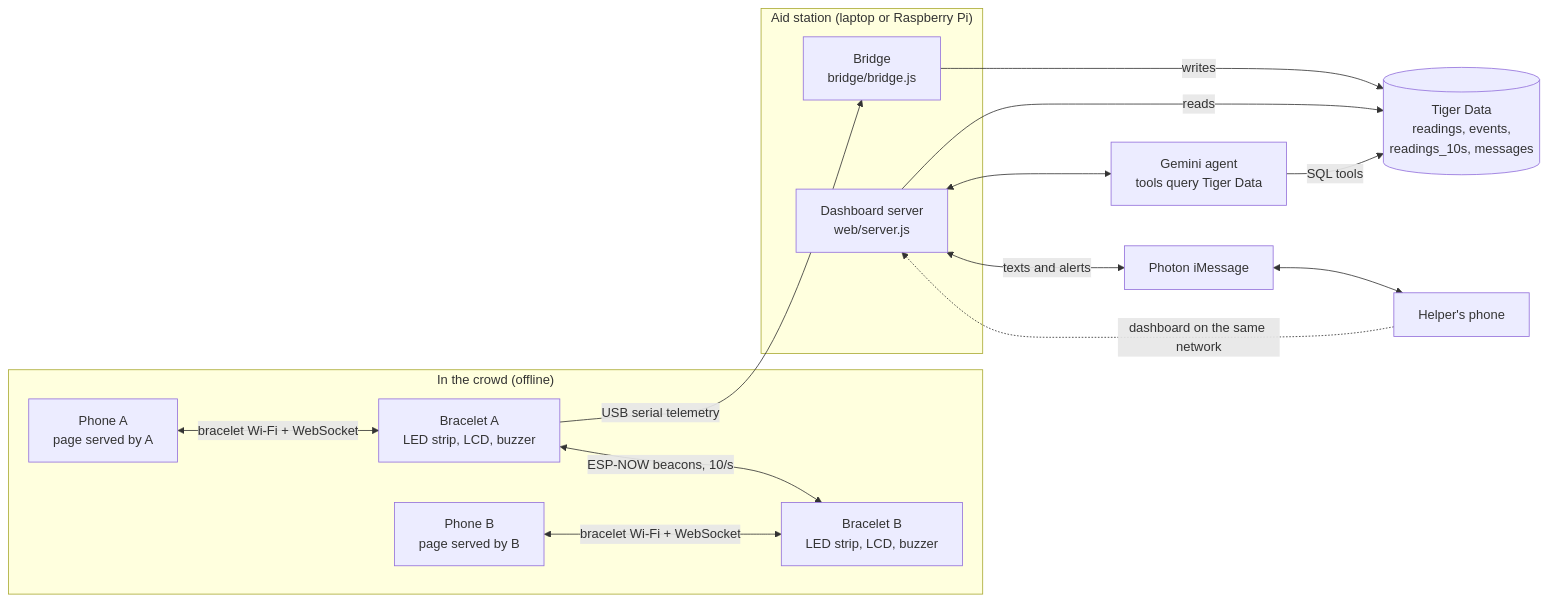
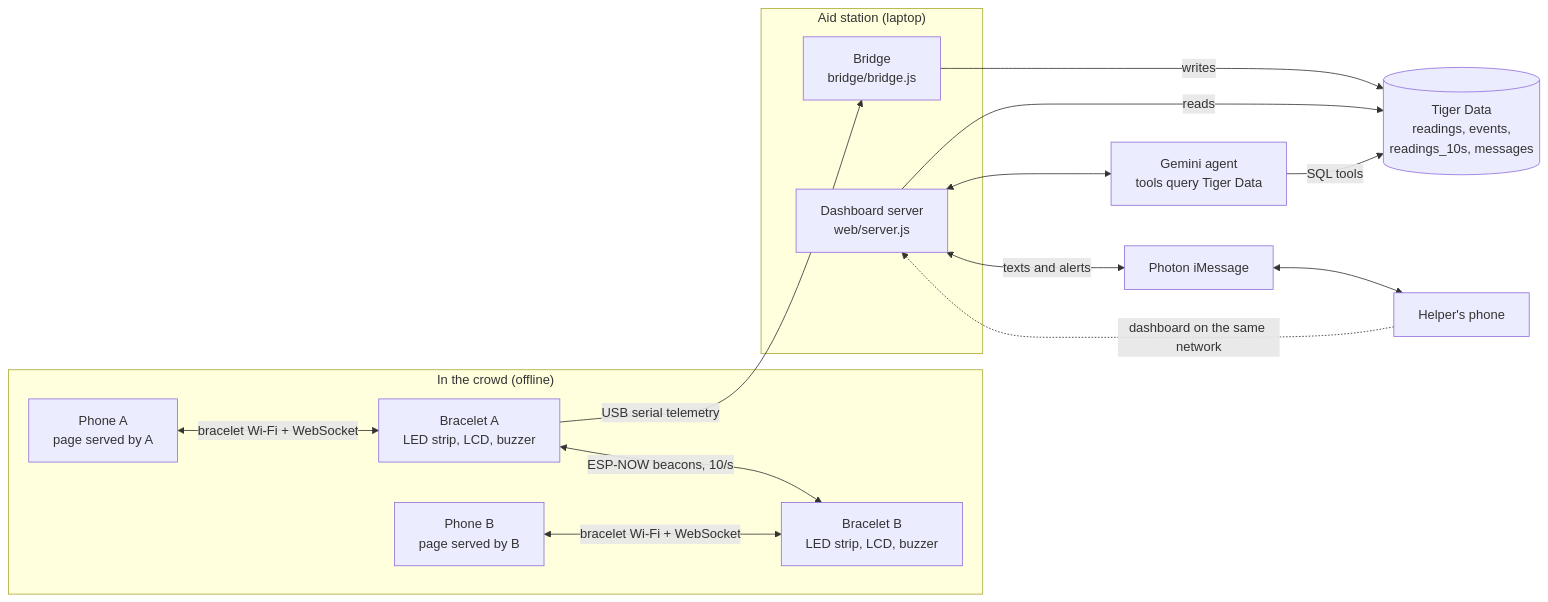
Before and after one commit to rubyw28/crowdcourse: the diagram in README.md, drawn with Mermaid. The commit also changed other lines of this file, not shown here.

Commit message:
Note the MLH Best Use of Tiger Data win, and describe the aid station as the laptop it is.

````diff
--- a/README.md
+++ b/README.md
@@ -17,31 +19,31 @@
 ```mermaid
 flowchart LR
   subgraph crowd["In the crowd (offline)"]
     A["Bracelet A<br/>LED strip, LCD, buzzer"]
     B["Bracelet B<br/>LED strip, LCD, buzzer"]
     PA["Phone A<br/>page served by A"]
     PB["Phone B<br/>page served by B"]
     A <-->|ESP-NOW beacons, 10/s| B
     PA <-->|bracelet Wi-Fi + WebSocket| A
     PB <-->|bracelet Wi-Fi + WebSocket| B
   end
 
-  subgraph station["Aid station (laptop or Raspberry Pi)"]
+  subgraph station["Aid station (laptop)"]
     BR["Bridge<br/>bridge/bridge.js"]
     WEB["Dashboard server<br/>web/server.js"]
   end
 
   TD[("Tiger Data<br/>readings, events,<br/>readings_10s, messages")]
   GEM["Gemini agent<br/>tools query Tiger Data"]
   PH["Photon iMessage"]
   HELP["Helper's phone"]
 
   A -->|USB serial telemetry| BR
   BR -->|writes| TD
   WEB -->|reads| TD
   WEB <--> GEM
   GEM -->|SQL tools| TD
   WEB <-->|texts and alerts| PH
   PH <--> HELP
   HELP -.->|dashboard on the same network| WEB
 ```
````
